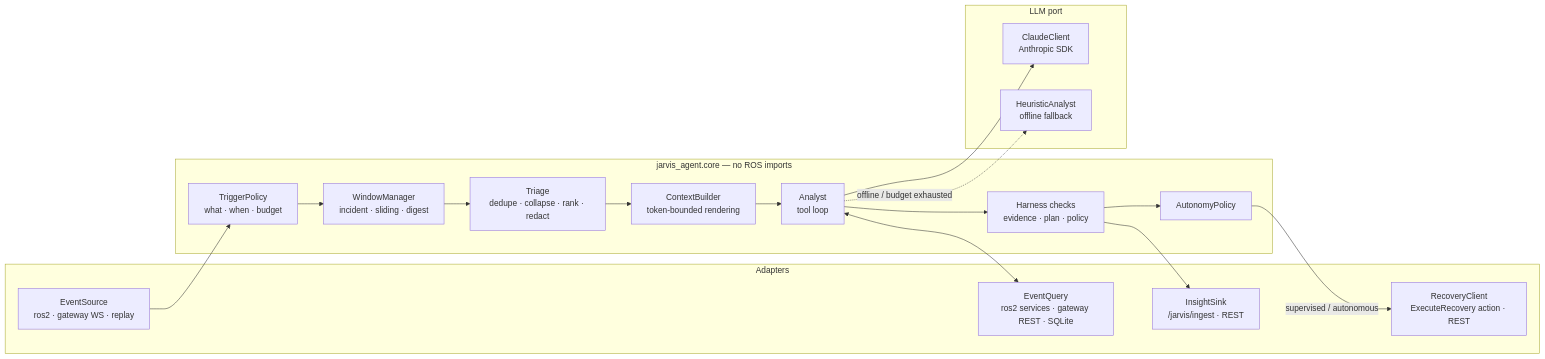
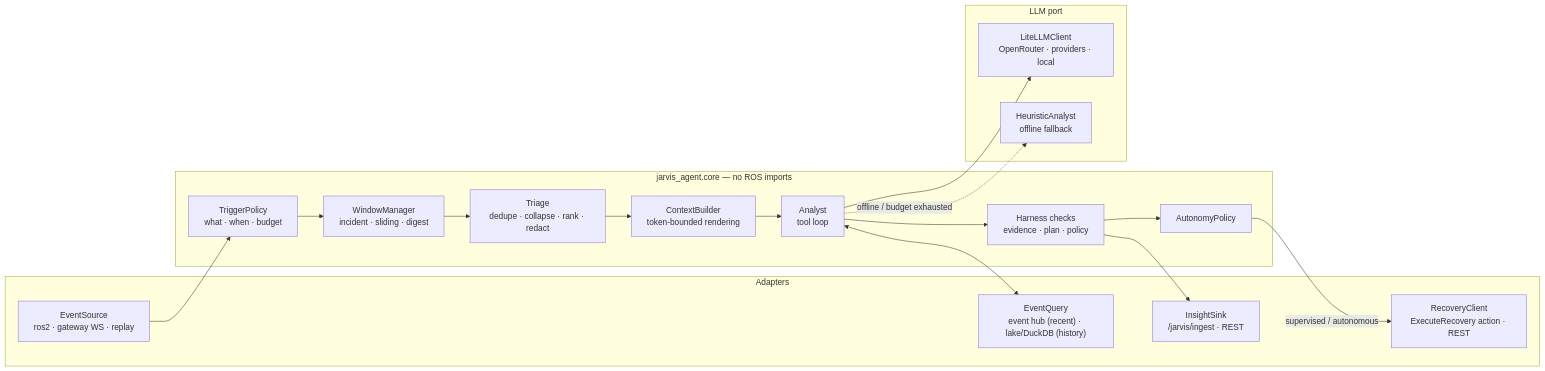
The first of 2 diagrams in docs/design/06-agent.md (guilyx/jarvis_ros2), drawn with Mermaid before and after one commit. The commit also changed other lines of this file and 20 other files, not shown here.

````diff
--- a/docs/design/06-agent.md
+++ b/docs/design/06-agent.md
@@ -16,32 +17,32 @@
 ```mermaid
 flowchart LR
   subgraph ADP["Adapters"]
     SRC["EventSource<br/>ros2 · gateway WS · replay"]
-    QRY["EventQuery<br/>ros2 services · gateway REST · SQLite"]
+    QRY["EventQuery<br/>event hub (recent) · lake/DuckDB (history)"]
     REC["RecoveryClient<br/>ExecuteRecovery action · REST"]
     SNK["InsightSink<br/>/jarvis/ingest · REST"]
   end
 
   subgraph CORE["jarvis_agent.core — no ROS imports"]
     TP["TriggerPolicy<br/>what · when · budget"]
     WM["WindowManager<br/>incident · sliding · digest"]
     TR["Triage<br/>dedupe · collapse · rank · redact"]
     CB["ContextBuilder<br/>token-bounded rendering"]
     AN["Analyst<br/>tool loop"]
     HC["Harness checks<br/>evidence · plan · policy"]
     AP["AutonomyPolicy"]
   end
 
   subgraph LLM["LLM port"]
-    CL["ClaudeClient<br/>Anthropic SDK"]
+    CL["LiteLLMClient<br/>OpenRouter · providers · local"]
     HE["HeuristicAnalyst<br/>offline fallback"]
   end
 
   SRC --> TP --> WM --> TR --> CB --> AN
   AN <--> QRY
   AN --> CL
   AN -. "offline / budget exhausted" .-> HE
   AN --> HC --> AP
   AP -->|"supervised / autonomous"| REC
   HC --> SNK
 ```
````
